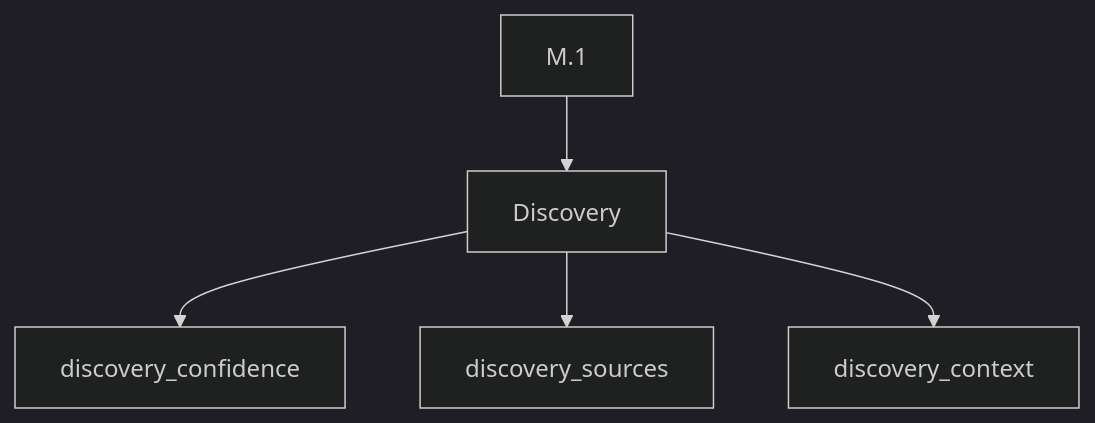
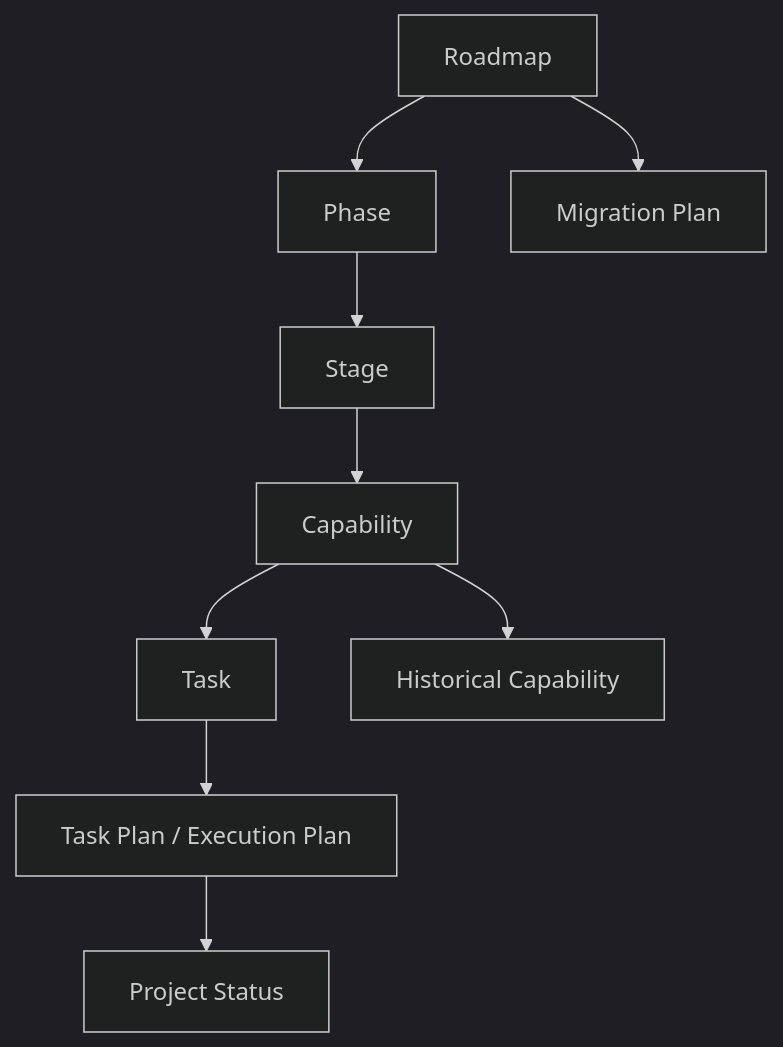
Diagram 11 of 13 in docs/AI/Meta/M.1-Artifact-Meta-Model.md (doallon/forge-ai), drawn with Mermaid (dark theme) before and after one commit. The commit also changed other lines of this file, not shown here.

````diff
--- a/docs/AI/Meta/M.1-Artifact-Meta-Model.md
+++ b/docs/AI/Meta/M.1-Artifact-Meta-Model.md
@@ -1680,7 +614,11 @@
 ```mermaid
 graph TD
-    M1["M.1"] --> D["Discovery"]
-    D --> DC1["discovery_confidence"]
-    D --> DC2["discovery_sources"]
-    D --> DC3["discovery_context"]
+    ROAD["Roadmap"] --> PHASE["Phase"]
+    PHASE --> STAGE["Stage"]
+    STAGE --> CAP["Capability"]
+    CAP --> TASK["Task"]
+    TASK --> PLAN["Task Plan / Execution Plan"]
+    PLAN --> STATUS["Project Status"]
+    CAP --> HIST["Historical Capability"]
+    ROAD --> MIG["Migration Plan"]
 ```
````
